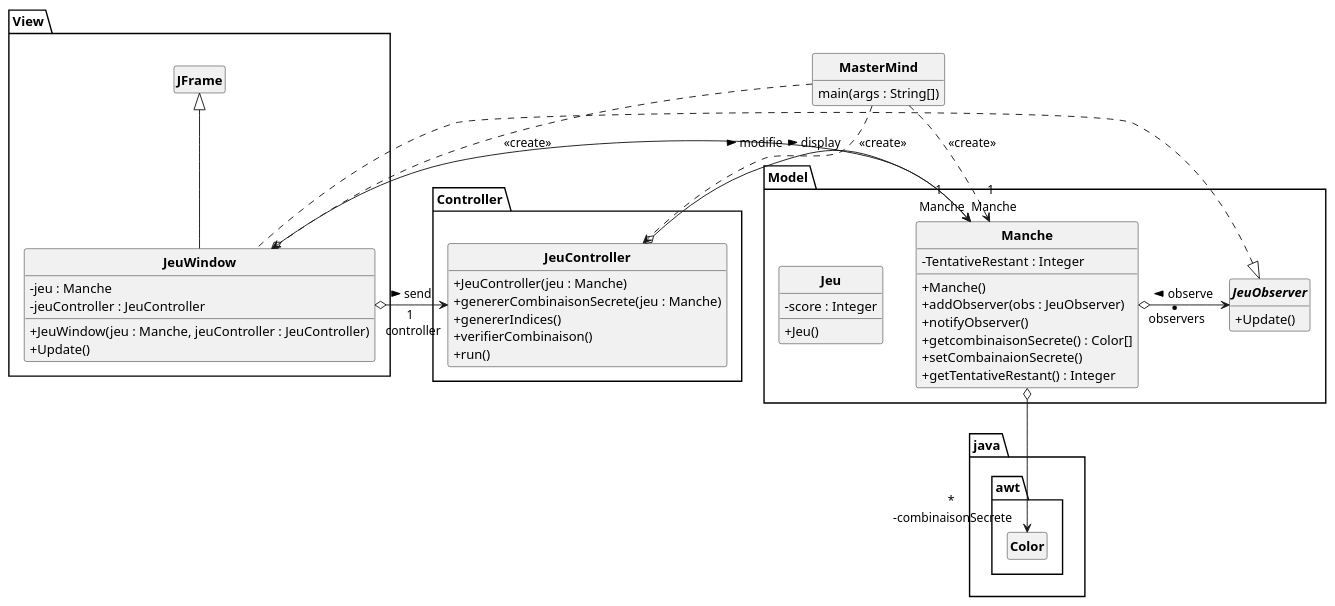
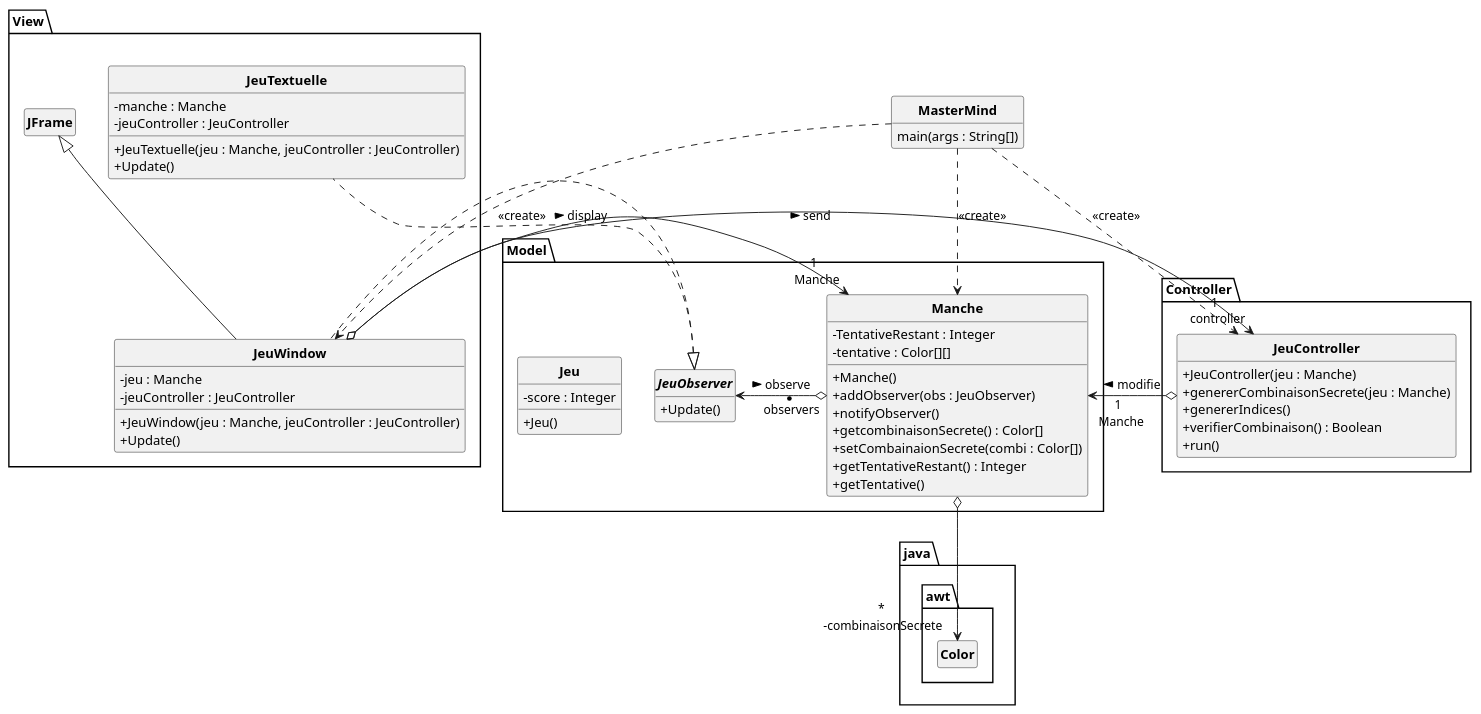
The diagram in Mastermind/src/Mastermind.puml (aymkoub/Mastermind), drawn with PlantUML before and after one commit. The commit also changed 6 other files, not shown here.

Commit message:
controller et manche

```diff
--- a/Mastermind/src/Mastermind.puml
+++ b/Mastermind/src/Mastermind.puml
@@ -1,65 +1,75 @@
 @startuml
 'https://plantuml.com/class-diagram
 
 skinparam classAttributeIconSize 0
 skinparam classFontStyle Bold
 skinparam style strictuml
 hide empty members
 
 package Controller{
     class JeuController{
         + JeuController(jeu : Manche)
         + genererCombinaisonSecrete(jeu : Manche)
         + genererIndices()
-        + verifierCombinaison()
+        + verifierCombinaison() : Boolean
         + run()
     }
 }
 
 package java.awt{
     class Color
 }
 
 package Model{
     class Jeu
     {
         - score : Integer
         + Jeu()
     }
     class Manche {
-        - TentativeRestant : Integer    
+        - TentativeRestant : Integer
+        - tentative : Color[][]
         + Manche()
         + addObserver(obs : JeuObserver)
         + notifyObserver()
         + getcombinaisonSecrete() : Color[]
-        + setCombainaionSecrete()
+        + setCombainaionSecrete(combi : Color[])
         + getTentativeRestant() : Integer
+        + getTentative()
     }
 
     Manche o-d->"*\n -combinaisonSecrete" Color
 
     interface JeuObserver{
        + Update()
     }
 }
 package View{
     class JeuWindow extends JFrame implements Model.JeuObserver{
         - jeu : Manche
         - jeuController : JeuController
         + JeuWindow(jeu : Manche, jeuController : JeuController)
         + Update()
 
     }
+
+    class JeuTextuelle implements Model.JeuObserver
+    {
+        -manche : Manche
+        -jeuController : JeuController
+        +JeuTextuelle(jeu : Manche, jeuController : JeuController)
+        +Update()
+    }
 }
 class MasterMind
 {
     main(args : String[])
 }
 View.JeuWindow o-> "1 \n controller"Controller.JeuController : > send
 View.JeuWindow o->"1 \n Manche" Model.Manche : > display
 MasterMind ..> View.JeuWindow : <<create>>
 MasterMind ..> Controller.JeuController : <<create>>
 MasterMind ..> Model.Manche: <<create>>
 Model.Manche "* \n observers" o-> Model.JeuObserver : < observe
 Controller.JeuController o->"1 \n Manche" Model.Manche : > modifie
 @enduml
```
